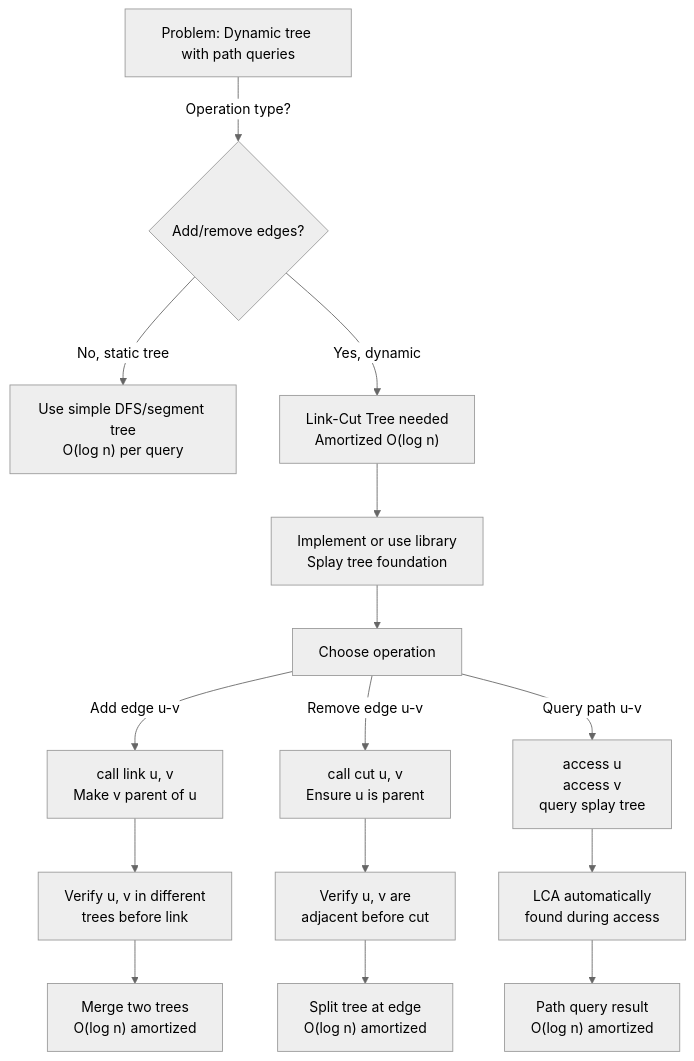
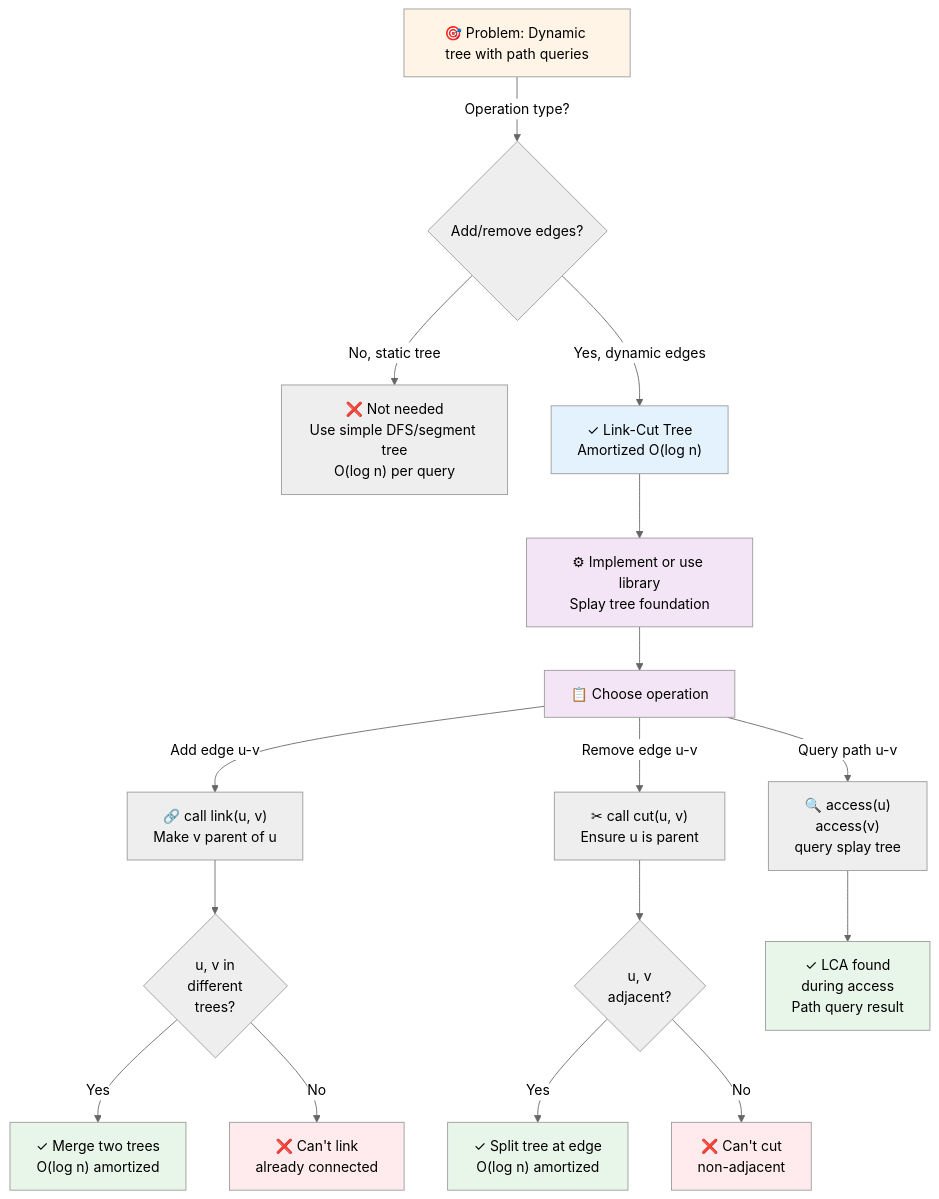
One commit to souradeepta/interviewprep changed the first of 4 diagrams in docs/advanced_ds/link_cut_tree.md. Above: the diagram before and after it, drawn with Mermaid (neutral theme). The commit also changed other lines of this file and 35 other files, not shown here.

First line of the commit message:
Enhance all documentation with comprehensive Mermaid flowcharts and visualizations

````diff
--- a/docs/advanced_ds/link_cut_tree.md
+++ b/docs/advanced_ds/link_cut_tree.md
@@ -93,17 +93,28 @@
 ```mermaid
 flowchart TD
-    A["Problem: Dynamic tree with path queries"] -->|Operation type?| B{Add/remove edges?}
-    B -->|No, static tree| C["Use simple DFS/segment tree<br/>O(log n) per query"]
-    B -->|Yes, dynamic| D["Link-Cut Tree needed<br/>Amortized O(log n)"]
-    D --> E["Implement or use library<br/>Splay tree foundation"]
-    E --> F["Choose operation"]
-    F -->|Add edge u-v| G["call link u, v<br/>Make v parent of u"]
-    F -->|Remove edge u-v| H["call cut u, v<br/>Ensure u is parent"]
-    F -->|Query path u-v| I["access u<br/>access v<br/>query splay tree"]
-    G --> J["Verify u, v in different<br/>trees before link"]
-    H --> K["Verify u, v are<br/>adjacent before cut"]
-    I --> L["LCA automatically<br/>found during access"]
-    J --> M["Merge two trees<br/>O(log n) amortized"]
-    K --> N["Split tree at edge<br/>O(log n) amortized"]
-    L --> O["Path query result<br/>O(log n) amortized"]
+    A["🎯 Problem: Dynamic tree with path queries"] -->|Operation type?| B{Add/remove edges?}
+    B -->|No, static tree| C["❌ Not needed<br/>Use simple DFS/segment tree<br/>O(log n) per query"]
+    B -->|Yes, dynamic edges| D["✓ Link-Cut Tree<br/>Amortized O(log n)"]
+    D --> E["⚙ Implement or use library<br/>Splay tree foundation"]
+    E --> F["📋 Choose operation"]
+    F -->|Add edge u-v| G["🔗 call link(u, v)<br/>Make v parent of u"]
+    F -->|Remove edge u-v| H["✂ call cut(u, v)<br/>Ensure u is parent"]
+    F -->|Query path u-v| I["🔍 access(u)<br/>access(v)<br/>query splay tree"]
+    G --> J{"u, v in<br/>different<br/>trees?"}
+    J -->|Yes| M["✓ Merge two trees<br/>O(log n) amortized"]
+    J -->|No| K["❌ Can't link<br/>already connected"]
+    H --> L{"u, v<br/>adjacent?"}
+    L -->|Yes| N["✓ Split tree at edge<br/>O(log n) amortized"]
+    L -->|No| O["❌ Can't cut<br/>non-adjacent"]
+    I --> P["✓ LCA found<br/>during access<br/>Path query result"]
+    
+    style A fill:#fff4e6
+    style D fill:#e3f2fd
+    style E fill:#f3e5f5
+    style F fill:#f3e5f5
+    style M fill:#e8f5e9
+    style N fill:#e8f5e9
+    style P fill:#e8f5e9
+    style K fill:#ffebee
+    style O fill:#ffebee
 ```
````
